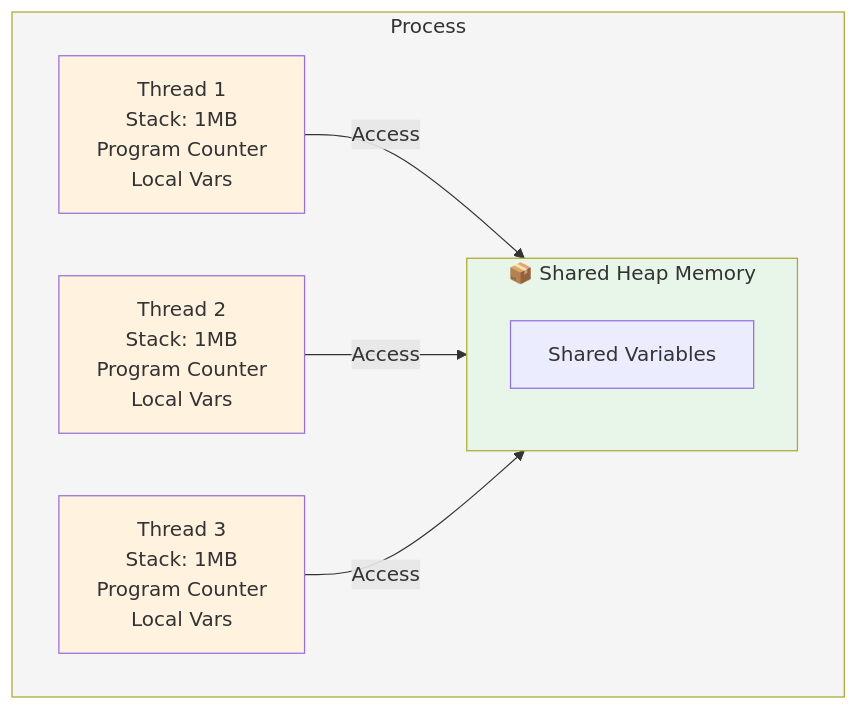
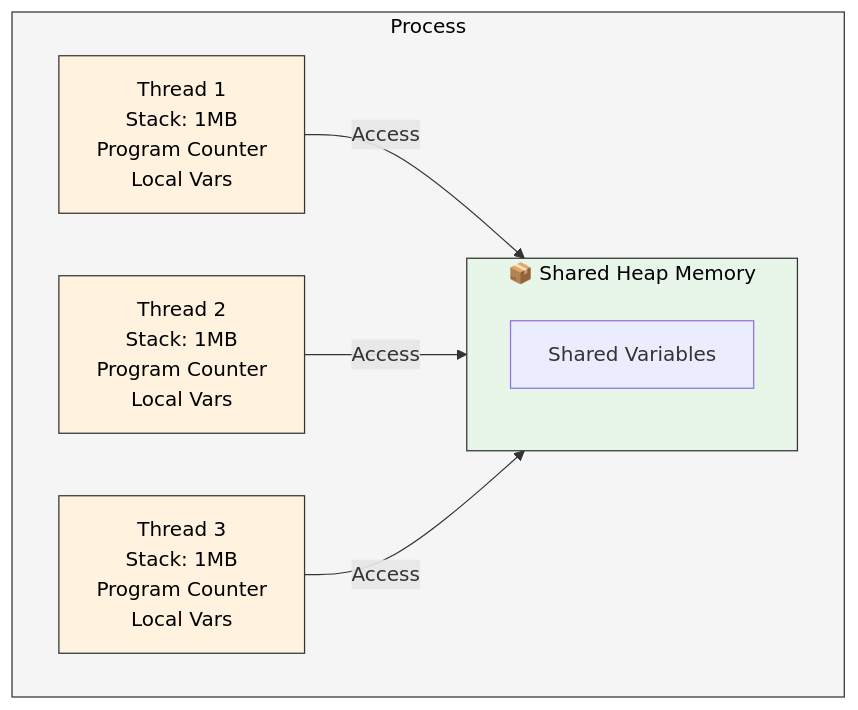
One commit to nitinkc/MultithreadingLearningHub changed the second of 3 diagrams in docs/theory/01-foundations-concurrency.md. Above: the diagram before and after it, drawn with Mermaid. The commit also changed other lines of this file and 27 other files, not shown here.

````diff
--- a/docs/theory/01-foundations-concurrency.md
+++ b/docs/theory/01-foundations-concurrency.md
@@ -121,20 +121,20 @@
 ```mermaid
 graph TB
     subgraph Process
         subgraph Heap ["📦 Shared Heap Memory"]
             V["Shared Variables"]
         end
         T1["Thread 1<br/>Stack: 1MB<br/>Program Counter<br/>Local Vars"]
         T2["Thread 2<br/>Stack: 1MB<br/>Program Counter<br/>Local Vars"]
         T3["Thread 3<br/>Stack: 1MB<br/>Program Counter<br/>Local Vars"]
         T1 -->|Access| Heap
         T2 -->|Access| Heap
         T3 -->|Access| Heap
     end
-    
-    style Process fill:#f5f5f5
-    style Heap fill:#e8f5e9
-    style T1 fill:#fff3e0
-    style T2 fill:#fff3e0
-    style T3 fill:#fff3e0
+    style Process fill:#f5f5f5,color:#000,stroke:#333
+    style Heap fill:#e8f5e9,color:#000,stroke:#333
+    style T1 fill:#fff3e0,color:#000,stroke:#333
+    style T2 fill:#fff3e0,color:#000,stroke:#333
+    style T3 fill:#fff3e0,color:#000,stroke:#333
+
 ```
````
